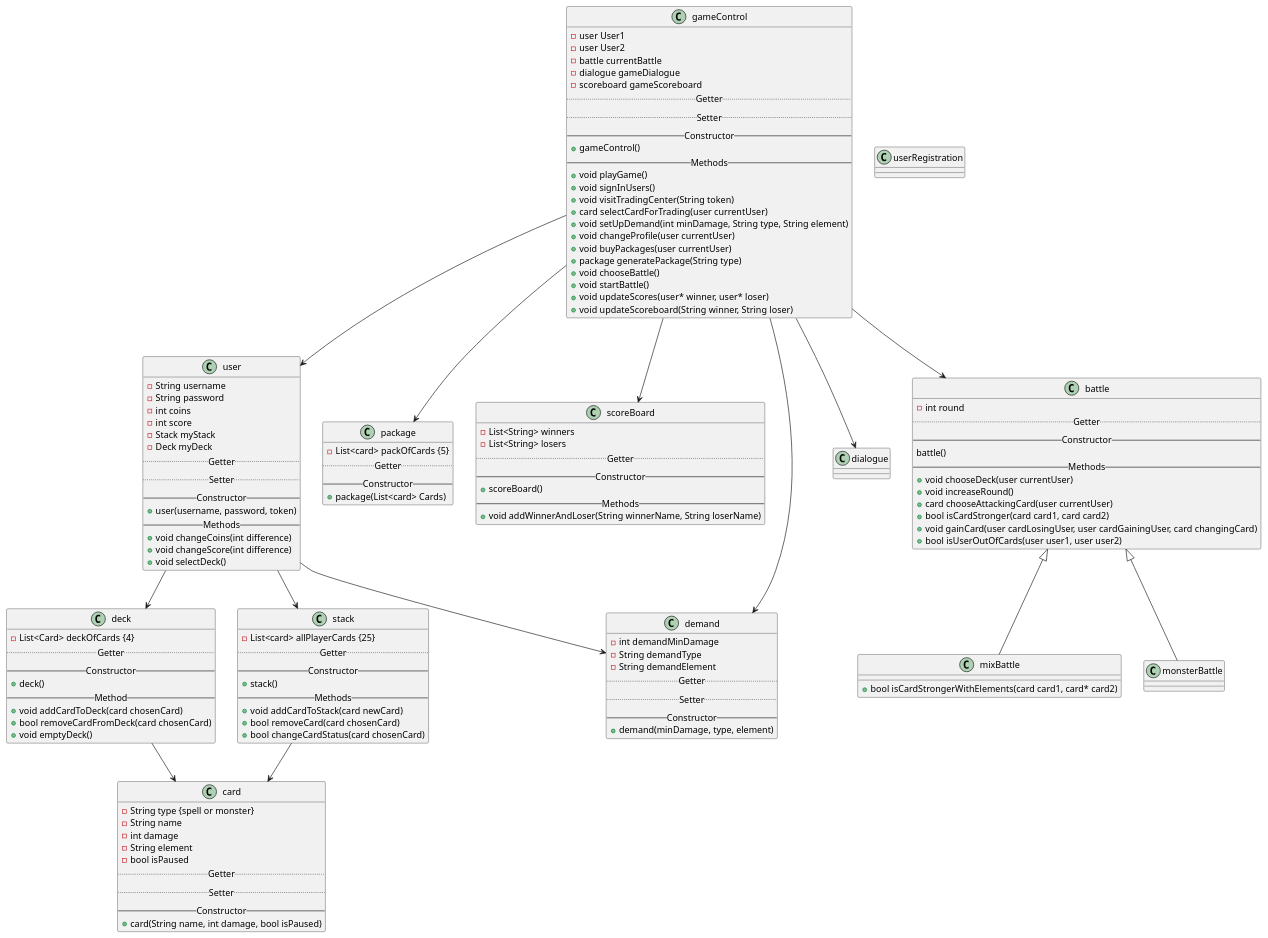
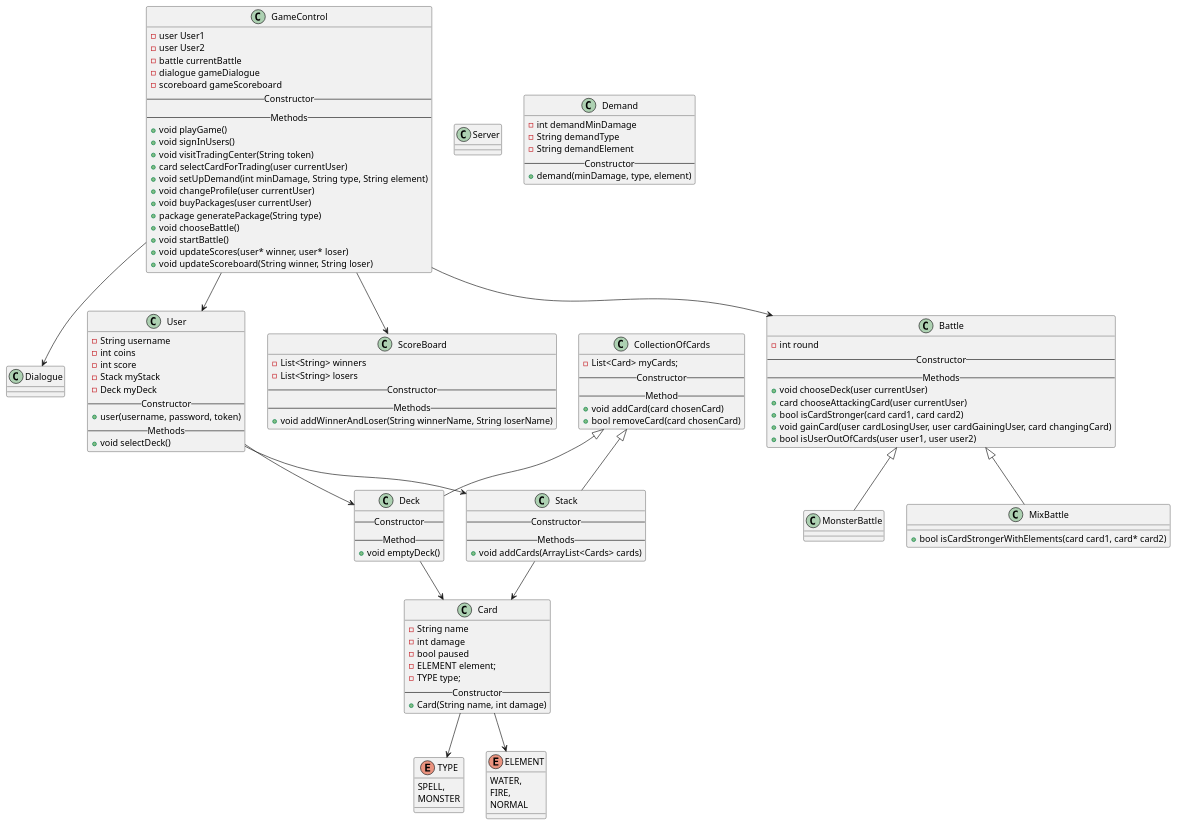
The diagram in Monster-Trading-Card-Game/classdiagram.puml (marlis-t/MonsterTradingCardGame), drawn with PlantUML before and after one commit. The commit also changed 20 other files, not shown here.

Commit message:
added Tests for all cardrelated classes, refactored Card with ENUMS

```diff
--- a/Monster-Trading-Card-Game/classdiagram.puml
+++ b/Monster-Trading-Card-Game/classdiagram.puml
@@ -1,149 +1,133 @@
 @startuml
-class user{
+class User{
     -String username
-    -String password
     -int coins
     -int score
     -Stack myStack
     -Deck myDeck
-    ..Getter..
-    ..Setter..
     --Constructor--
     +user(username, password, token)
     --Methods--
-    +void changeCoins(int difference)
-    +void changeScore(int difference)
     +void selectDeck()
 }
 
-class userRegistration{
+class Server{
 }
 
-class card{
-    -String type {spell or monster}
+enum TYPE{
+    SPELL,
+    MONSTER
+}
+
+enum ELEMENT{
+    WATER,
+    FIRE,
+    NORMAL
+}
+
+class Card{
     -String name
     -int damage
-    -String element
-    -bool isPaused
-    ..Getter..
-    ..Setter..
+    -bool paused
+    -ELEMENT element;
+    -TYPE type;
     --Constructor--
-  +card(String name, int damage, bool isPaused)
+  +Card(String name, int damage)
 }
 
-class deck{
-    -List<Card> deckOfCards {4}
-    ..Getter..
+class Deck extends CollectionOfCards{
     --Constructor--
-    +deck()
     --Method--
-    +void addCardToDeck(card chosenCard)
-    +bool removeCardFromDeck(card chosenCard)
     +void emptyDeck()
 }
 
-class package{
-    -List<card> packOfCards {5}
-    ..Getter..
+class Stack extends CollectionOfCards{
     --Constructor--
-    +package(List<card> Cards)
+    --Methods--
+    +void addCards(ArrayList<Cards> cards)
+}
+class CollectionOfCards{
+    -List<Card> myCards;
+    --Constructor--
+    --Method--
+    +void addCard(card chosenCard)
+    +bool removeCard(card chosenCard)
 }
 
-class stack{
-    -List<card> allPlayerCards {25}
-    ..Getter..
-    --Constructor--
-    +stack()
-    --Methods--
-    +void addCardToStack(card newCard)
-    +bool removeCard(card chosenCard)
-    +bool changeCardStatus(card chosenCard)
-}
-
-class scoreBoard{
+class ScoreBoard{
     -List<String> winners
     -List<String> losers
-    ..Getter..
     --Constructor--
-    +scoreBoard()
     --Methods--
     +void addWinnerAndLoser(String winnerName, String loserName)
 }
 
-class battle{
+class Battle{
     -int round
-    ..Getter..
     --Constructor--
-    battle()
     --Methods--
     +void chooseDeck(user currentUser)
-    +void increaseRound()
     +card chooseAttackingCard(user currentUser)
     +bool isCardStronger(card card1, card card2)
     +void gainCard(user cardLosingUser, user cardGainingUser, card changingCard)
     +bool isUserOutOfCards(user user1, user user2)
 }
 
-class monsterBattle extends battle{
+class MonsterBattle extends Battle{
 
 }
 
-class mixBattle extends battle{
+class MixBattle extends Battle{
     +bool isCardStrongerWithElements(card card1, card* card2)
 }
 
-class dialogue{
+class Dialogue{
 }
 
-class demand{
+class Demand{
     -int demandMinDamage
     -String demandType
     -String demandElement
-    ..Getter..
-    ..Setter..
     --Constructor--
     +demand(minDamage, type, element)
 }
 
-class gameControl{
+class GameControl{
  -user User1
  -user User2
  -battle currentBattle
  -dialogue gameDialogue
  -scoreboard gameScoreboard
- ..Getter..
- ..Setter..
  --Constructor--
- +gameControl()
  --Methods--
  +void playGame()
  +void signInUsers()
  +void visitTradingCenter(String token)
   +card selectCardForTrading(user currentUser)
   +void setUpDemand(int minDamage, String type, String element)
  +void changeProfile(user currentUser)
  +void buyPackages(user currentUser)
   +package generatePackage(String type)
  +void chooseBattle()
  +void startBattle()
   +void updateScores(user* winner, user* loser)
   +void updateScoreboard(String winner, String loser)
 }
 
 
-gameControl --> user
-gameControl --> package
-gameControl --> scoreBoard
-gameControl --> battle
-gameControl --> demand
-gameControl --> dialogue
+GameControl --> User
+GameControl --> ScoreBoard
+GameControl --> Battle
+GameControl --> Dialogue
 
-user --> deck
-user --> stack
-user --> demand
+User --> Deck
+User --> Stack
 
-deck --> card
+Deck --> Card
 
-stack --> card
+Stack --> Card
+
+Card --> TYPE
+Card --> ELEMENT
 
 @enduml
```
